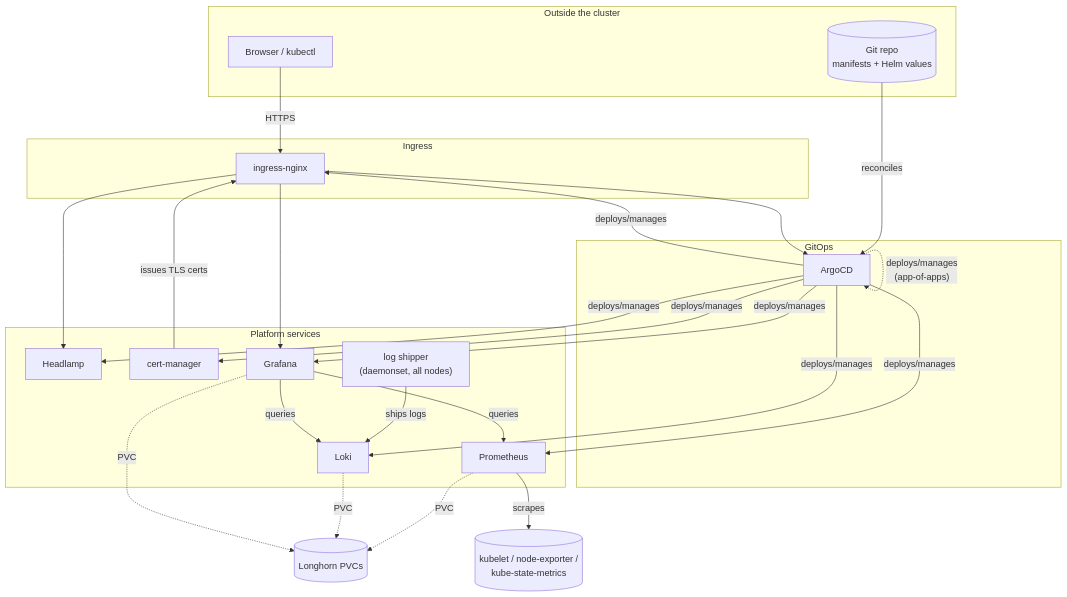
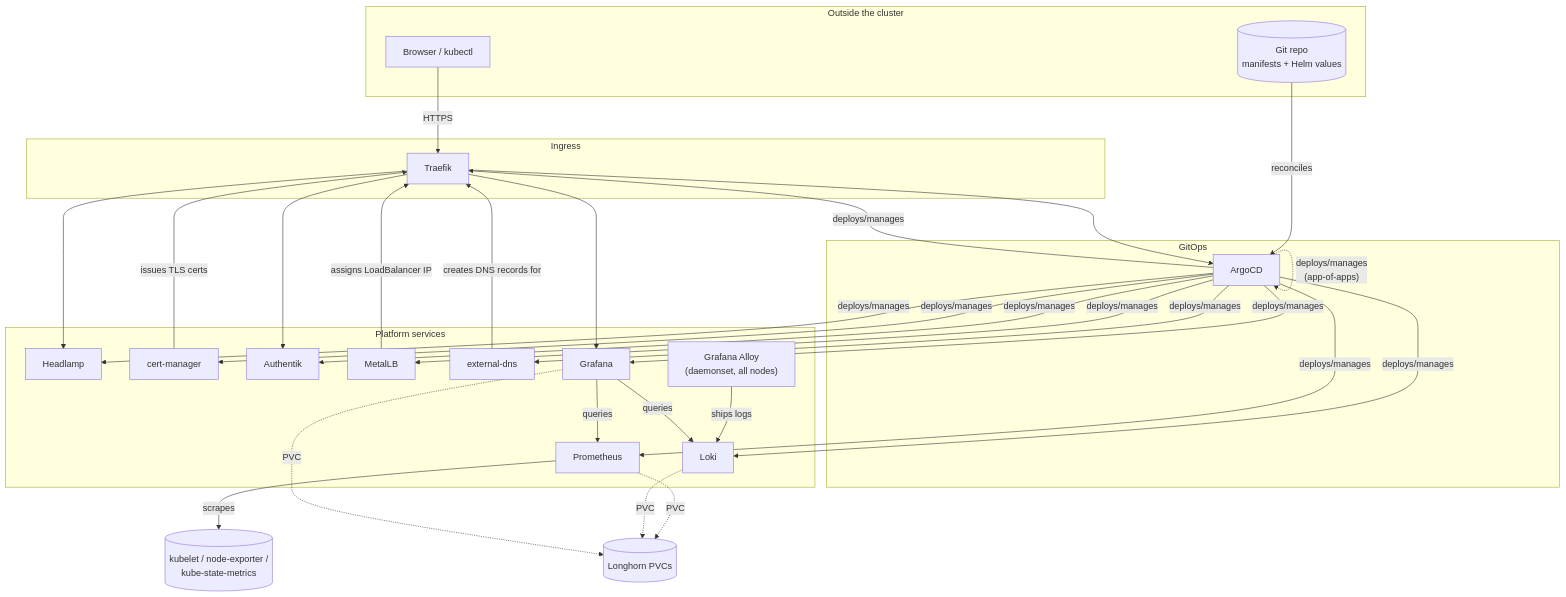
The third of 3 diagrams in docs/architecture/talos.md (nikpcenicni/Nikflix), drawn with Mermaid before and after one commit. The commit also changed other lines of this file, not shown here.

````diff
--- a/docs/architecture/talos.md
+++ b/docs/architecture/talos.md
@@ -234,53 +246,62 @@
 ```mermaid
 graph TB
     subgraph external["Outside the cluster"]
         User["Browser / kubectl"]
         Git[("Git repo<br/>manifests + Helm values")]
     end
 
     subgraph gitops["GitOps"]
         ArgoCD["ArgoCD"]
     end
 
     subgraph ingress_layer["Ingress"]
-        Ingress["ingress-nginx"]
+        Ingress["Traefik"]
     end
 
     subgraph platform["Platform services"]
         Headlamp["Headlamp"]
         CertManager["cert-manager"]
+        Authentik["Authentik"]
+        MetalLB["MetalLB"]
+        ExternalDNS["external-dns"]
         Prometheus["Prometheus"]
-        Shipper["log shipper<br/>(daemonset, all nodes)"]
+        Shipper["Grafana Alloy<br/>(daemonset, all nodes)"]
         Loki["Loki"]
         Grafana["Grafana"]
     end
 
     Metrics[("kubelet / node-exporter /<br/>kube-state-metrics")]
     PV[("Longhorn PVCs")]
 
     Git -->|reconciles| ArgoCD
     ArgoCD -.->|"deploys/manages<br/>(app-of-apps)"| ArgoCD
     ArgoCD -->|deploys/manages| Headlamp
     ArgoCD -->|deploys/manages| CertManager
+    ArgoCD -->|deploys/manages| Authentik
+    ArgoCD -->|deploys/manages| MetalLB
+    ArgoCD -->|deploys/manages| ExternalDNS
     ArgoCD -->|deploys/manages| Prometheus
     ArgoCD -->|deploys/manages| Loki
     ArgoCD -->|deploys/manages| Grafana
     ArgoCD -->|deploys/manages| Ingress
 
     CertManager -->|issues TLS certs| Ingress
+    MetalLB -->|assigns LoadBalancer IP| Ingress
+    ExternalDNS -->|creates DNS records for| Ingress
 
     User -->|HTTPS| Ingress
     Ingress --> ArgoCD
     Ingress --> Headlamp
     Ingress --> Grafana
+    Ingress --> Authentik
 
     Prometheus -->|scrapes| Metrics
     Shipper -->|ships logs| Loki
 
     Grafana -->|queries| Prometheus
     Grafana -->|queries| Loki
 
     Prometheus -.->|PVC| PV
     Loki -.->|PVC| PV
     Grafana -.->|PVC| PV
 ```
````
